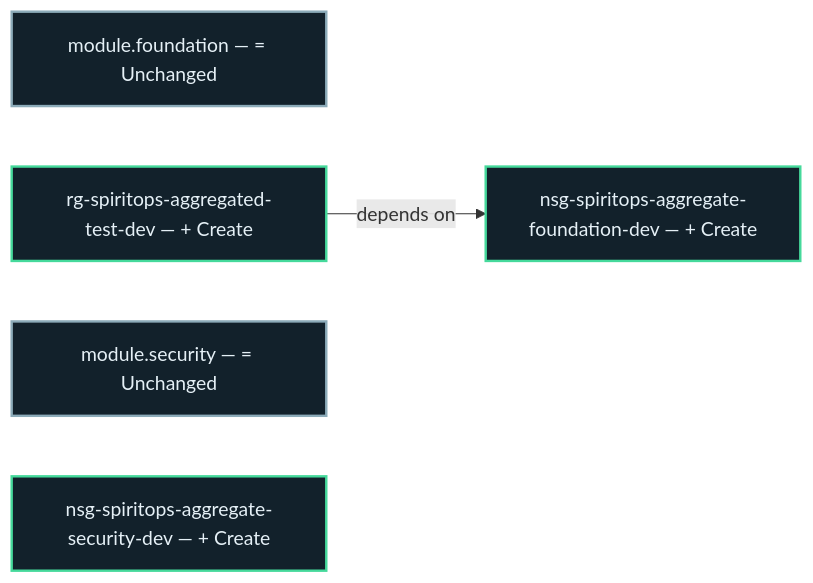
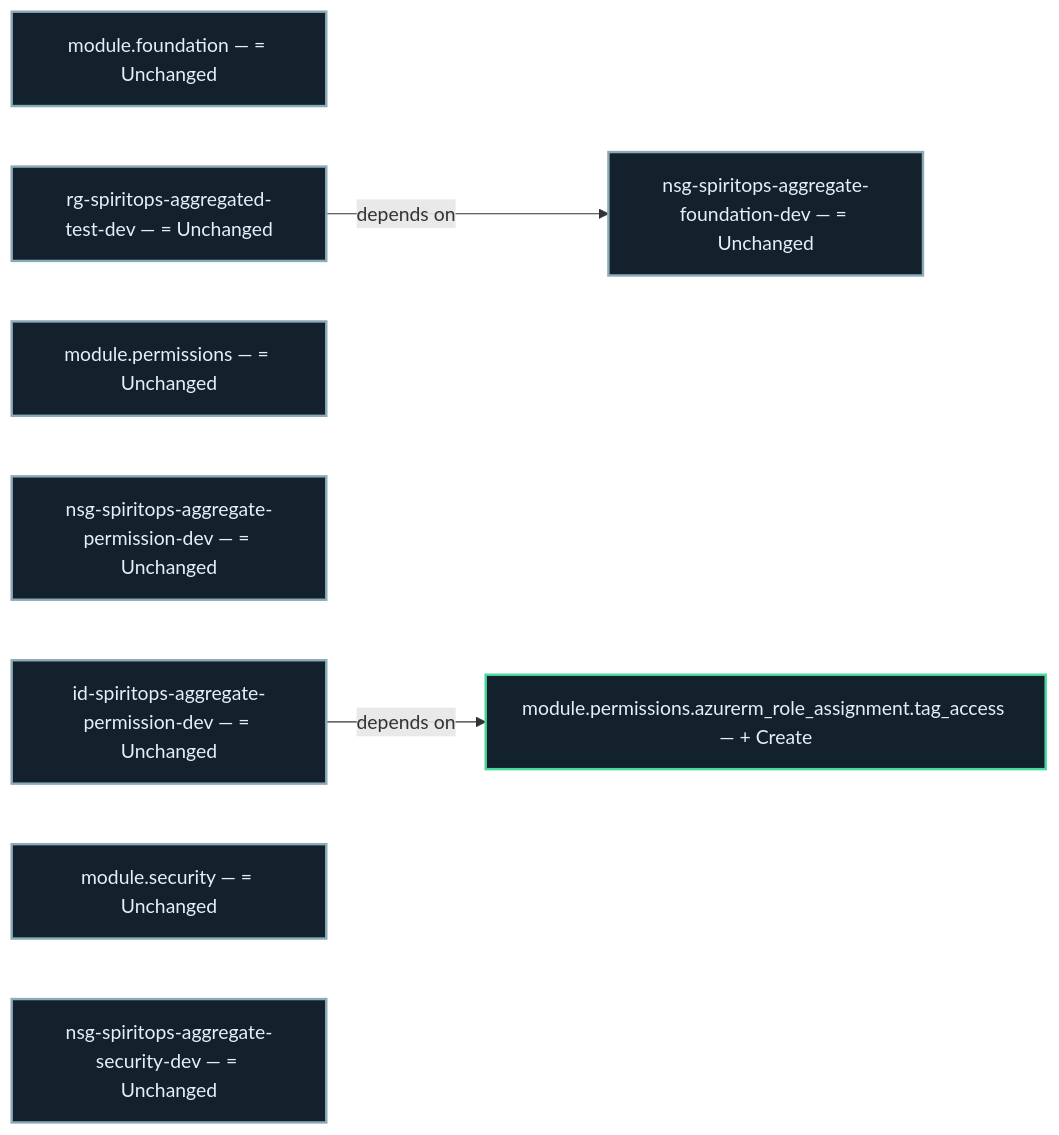
One commit to jeffy555/terraform-onboarding-full-flow changed the diagram in .spiritops/architecture/current/graph.mmd. Above: the diagram before and after it, drawn with Mermaid. The commit also changed 16 other files, not shown here.

```diff
--- a/.spiritops/architecture/current/graph.mmd
+++ b/.spiritops/architecture/current/graph.mmd
@@ -1,12 +1,21 @@
 flowchart LR
   n15cfb3c06432202a462cb4a3b87a042df203cfe80f304bba85294c7bc689af73["module.foundation — #61; Unchanged"]
   style n15cfb3c06432202a462cb4a3b87a042df203cfe80f304bba85294c7bc689af73 fill:#12212b,color:#e5f0f6,stroke:#8cabb9,stroke-width:2px
-  nf308e341f6b9cc37ce9f1718154c9181a8e8eaccd371f6e371c48b5a27c2bbdd["nsg-spiritops-aggregate-foundation-dev — #43; Create"]
-  style nf308e341f6b9cc37ce9f1718154c9181a8e8eaccd371f6e371c48b5a27c2bbdd fill:#12212b,color:#e5f0f6,stroke:#45d99b,stroke-width:2px
-  nfc39eb68e1e9d0cfcb50e9d9739eb0f013bdd9246a5599719ec7586aa15e6625["rg-spiritops-aggregated-test-dev — #43; Create"]
-  style nfc39eb68e1e9d0cfcb50e9d9739eb0f013bdd9246a5599719ec7586aa15e6625 fill:#12212b,color:#e5f0f6,stroke:#45d99b,stroke-width:2px
+  nf308e341f6b9cc37ce9f1718154c9181a8e8eaccd371f6e371c48b5a27c2bbdd["nsg-spiritops-aggregate-foundation-dev — #61; Unchanged"]
+  style nf308e341f6b9cc37ce9f1718154c9181a8e8eaccd371f6e371c48b5a27c2bbdd fill:#12212b,color:#e5f0f6,stroke:#8cabb9,stroke-width:2px
+  nfc39eb68e1e9d0cfcb50e9d9739eb0f013bdd9246a5599719ec7586aa15e6625["rg-spiritops-aggregated-test-dev — #61; Unchanged"]
+  style nfc39eb68e1e9d0cfcb50e9d9739eb0f013bdd9246a5599719ec7586aa15e6625 fill:#12212b,color:#e5f0f6,stroke:#8cabb9,stroke-width:2px
+  nc833a5e7532ea6c321f158f71881c762460b957a06b2f2039c6572c59e3ba98f["module.permissions — #61; Unchanged"]
+  style nc833a5e7532ea6c321f158f71881c762460b957a06b2f2039c6572c59e3ba98f fill:#12212b,color:#e5f0f6,stroke:#8cabb9,stroke-width:2px
+  nf8c5f411782a44a863289f41c67661809648f4d88ba126c3d9c654134bee21d0["nsg-spiritops-aggregate-permission-dev — #61; Unchanged"]
+  style nf8c5f411782a44a863289f41c67661809648f4d88ba126c3d9c654134bee21d0 fill:#12212b,color:#e5f0f6,stroke:#8cabb9,stroke-width:2px
+  n03fce1e7937f35dc4a8c750b145af5772a360b96abdb4fbdc1fed2f8493a8dcf["module.permissions.azurerm_role_assignment.tag_access — #43; Create"]
+  style n03fce1e7937f35dc4a8c750b145af5772a360b96abdb4fbdc1fed2f8493a8dcf fill:#12212b,color:#e5f0f6,stroke:#45d99b,stroke-width:2px
+  nd91851b446253572f3f2b879a9cbf34d53dc0f5aecc4bc7e20377a89d442721e["id-spiritops-aggregate-permission-dev — #61; Unchanged"]
+  style nd91851b446253572f3f2b879a9cbf34d53dc0f5aecc4bc7e20377a89d442721e fill:#12212b,color:#e5f0f6,stroke:#8cabb9,stroke-width:2px
   n32f783a46a7079c5405d2ab03f5b187b3aad2a6c16265a4e107e687d5edd9135["module.security — #61; Unchanged"]
   style n32f783a46a7079c5405d2ab03f5b187b3aad2a6c16265a4e107e687d5edd9135 fill:#12212b,color:#e5f0f6,stroke:#8cabb9,stroke-width:2px
-  n4775aa7a7c54fd0454d979352e53a51783a9a243bd2b57a7e619a1b479529cce["nsg-spiritops-aggregate-security-dev — #43; Create"]
-  style n4775aa7a7c54fd0454d979352e53a51783a9a243bd2b57a7e619a1b479529cce fill:#12212b,color:#e5f0f6,stroke:#45d99b,stroke-width:2px
+  n4775aa7a7c54fd0454d979352e53a51783a9a243bd2b57a7e619a1b479529cce["nsg-spiritops-aggregate-security-dev — #61; Unchanged"]
+  style n4775aa7a7c54fd0454d979352e53a51783a9a243bd2b57a7e619a1b479529cce fill:#12212b,color:#e5f0f6,stroke:#8cabb9,stroke-width:2px
   nfc39eb68e1e9d0cfcb50e9d9739eb0f013bdd9246a5599719ec7586aa15e6625 -->|"depends on"| nf308e341f6b9cc37ce9f1718154c9181a8e8eaccd371f6e371c48b5a27c2bbdd
+  nd91851b446253572f3f2b879a9cbf34d53dc0f5aecc4bc7e20377a89d442721e -->|"depends on"| n03fce1e7937f35dc4a8c750b145af5772a360b96abdb4fbdc1fed2f8493a8dcf
```
